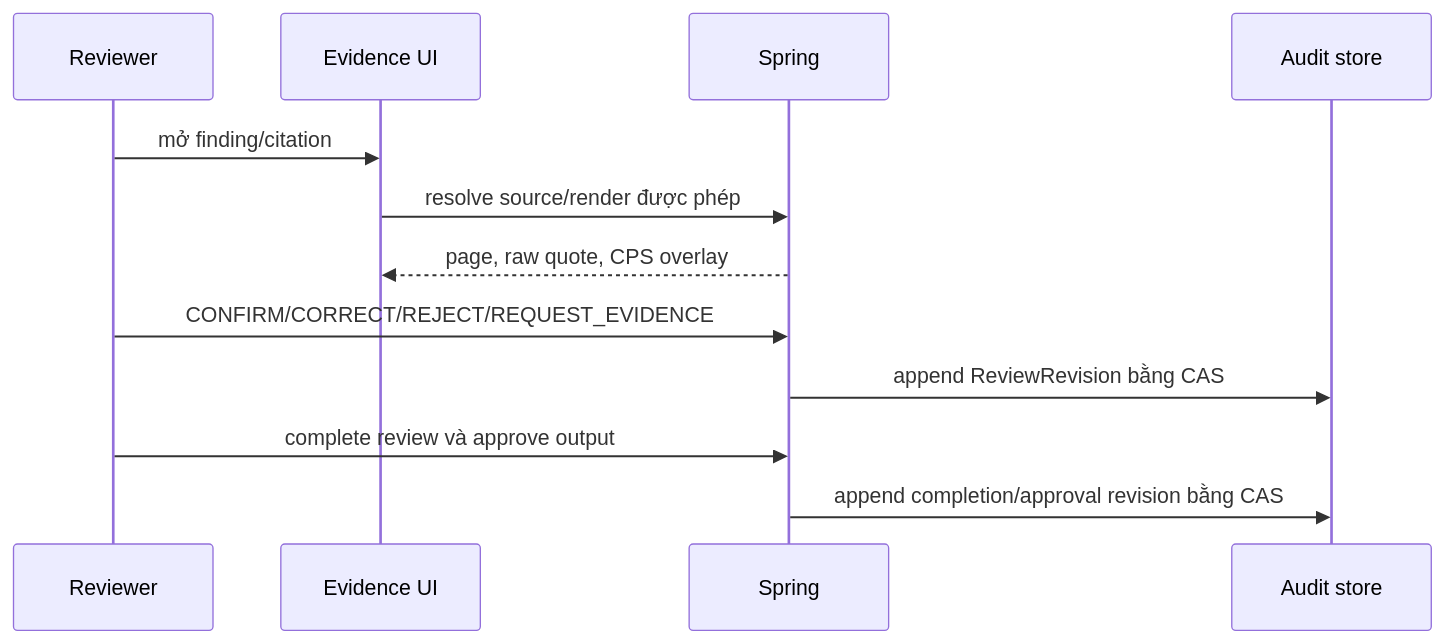
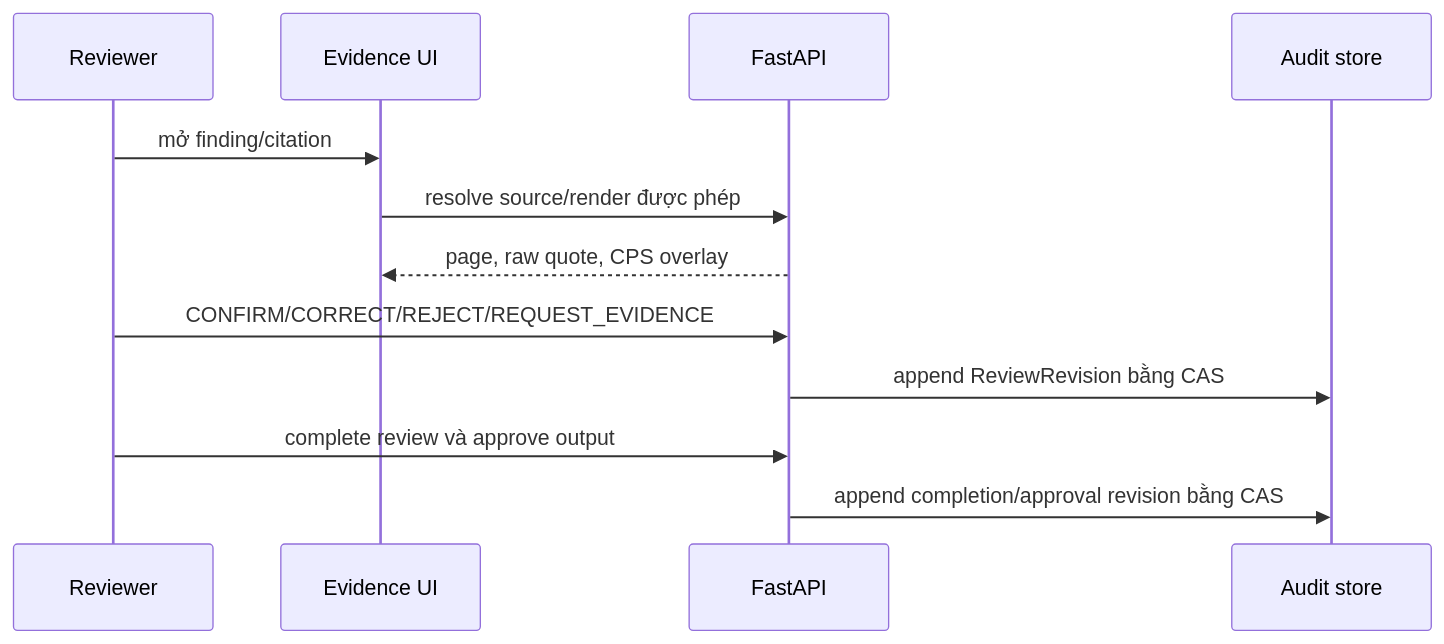
Diagram 20 of 31 in docs/DOC-04-architecture.md (AI20K-VGR/contract-intelligence-core), drawn with Mermaid before and after one commit. The commit also changed other lines of this file and 16 other files, not shown here.

First line of the commit message:
docs(repo): align stack to FastAPI backend-push, fix cross-document contract gaps

````diff
--- a/docs/DOC-04-architecture.md
+++ b/docs/DOC-04-architecture.md
@@ -420,14 +485,14 @@
 ```mermaid
 sequenceDiagram
   participant R as Reviewer
   participant UI as Evidence UI
-  participant API as Spring
+  participant API as FastAPI
   participant DB as Audit store
   R->>UI: mở finding/citation
   UI->>API: resolve source/render được phép
   API-->>UI: page, raw quote, CPS overlay
   R->>API: CONFIRM/CORRECT/REJECT/REQUEST_EVIDENCE
   API->>DB: append ReviewRevision bằng CAS
   R->>API: complete review và approve output
   API->>DB: append completion/approval revision bằng CAS
 ```
````
